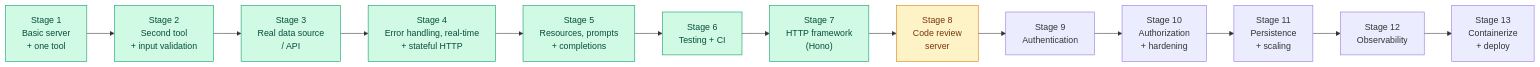
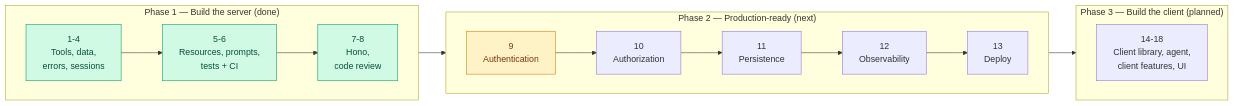
The diagram in README.md (shadmaanAsif/MCP-Explorer), drawn with Mermaid before and after one commit. The commit also changed other lines of this file and 31 other files, not shown here.

First line of the commit message:
Stage 9: authentication (planning, token issuer, metadata, bearer middleware, client tokens) (#18)

````diff
--- a/README.md
+++ b/README.md
@@ -75,20 +81,20 @@
 ```mermaid
 flowchart LR
-    S1["Stage 1<br/>Basic server<br/>+ one tool"] --> S2["Stage 2<br/>Second tool<br/>+ input validation"]
-    S2 --> S3["Stage 3<br/>Real data source<br/>/ API"]
-    S3 --> S4["Stage 4<br/>Error handling, real-time<br/>+ stateful HTTP"]
-    S4 --> S5["Stage 5<br/>Resources, prompts<br/>+ completions"]
-    S5 --> S6["Stage 6<br/>Testing + CI"]
-    S6 --> S7["Stage 7<br/>HTTP framework<br/>(Hono)"]
-    S7 --> S8["Stage 8<br/>Code review<br/>server"]
-    S8 --> S9["Stage 9<br/>Authentication"]
-    S9 --> S10["Stage 10<br/>Authorization<br/>+ hardening"]
-    S10 --> S11["Stage 11<br/>Persistence<br/>+ scaling"]
-    S11 --> S12["Stage 12<br/>Observability"]
-    S12 --> S13["Stage 13<br/>Containerize<br/>+ deploy"]
-
+    subgraph P1["Phase 1 — Build the server (done)"]
+        direction LR
+        S1["1-4<br/>Tools, data,<br/>errors, sessions"] --> S5["5-6<br/>Resources, prompts,<br/>tests + CI"] --> S7["7-8<br/>Hono,<br/>code review"]
+    end
+    subgraph P2["Phase 2 — Production-ready (next)"]
+        direction LR
+        S9["9<br/>Authentication"] --> S10["10<br/>Authorization"] --> S11["11<br/>Persistence"] --> S12["12<br/>Observability"] --> S13["13<br/>Deploy"]
+    end
+    subgraph P3["Phase 3 — Build the client (planned)"]
+        direction LR
+        S14["14-18<br/>Client library, agent,<br/>client features, UI"]
+    end
+    P1 --> P2 --> P3
     classDef built fill:#d1fae5,stroke:#059669,color:#064e3b
     classDef current fill:#fef3c7,stroke:#d97706,color:#78350f
-    class S1,S2,S3,S4,S5,S6,S7 built
-    class S8 current
+    class S1,S5,S7 built
+    class S9 current
 ```
````
